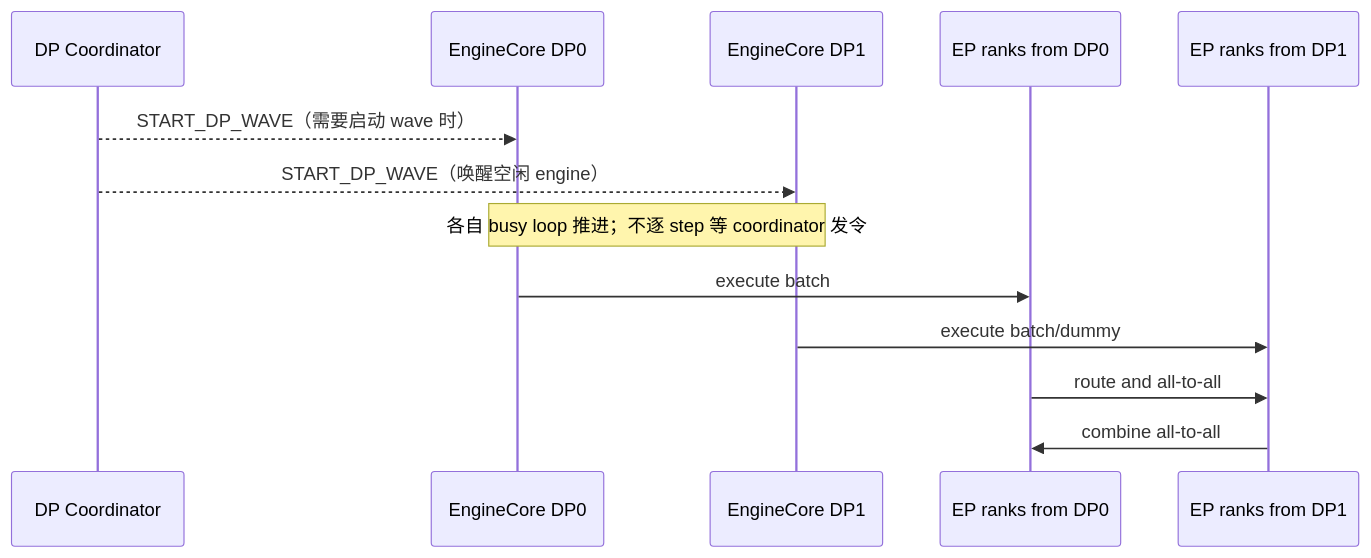
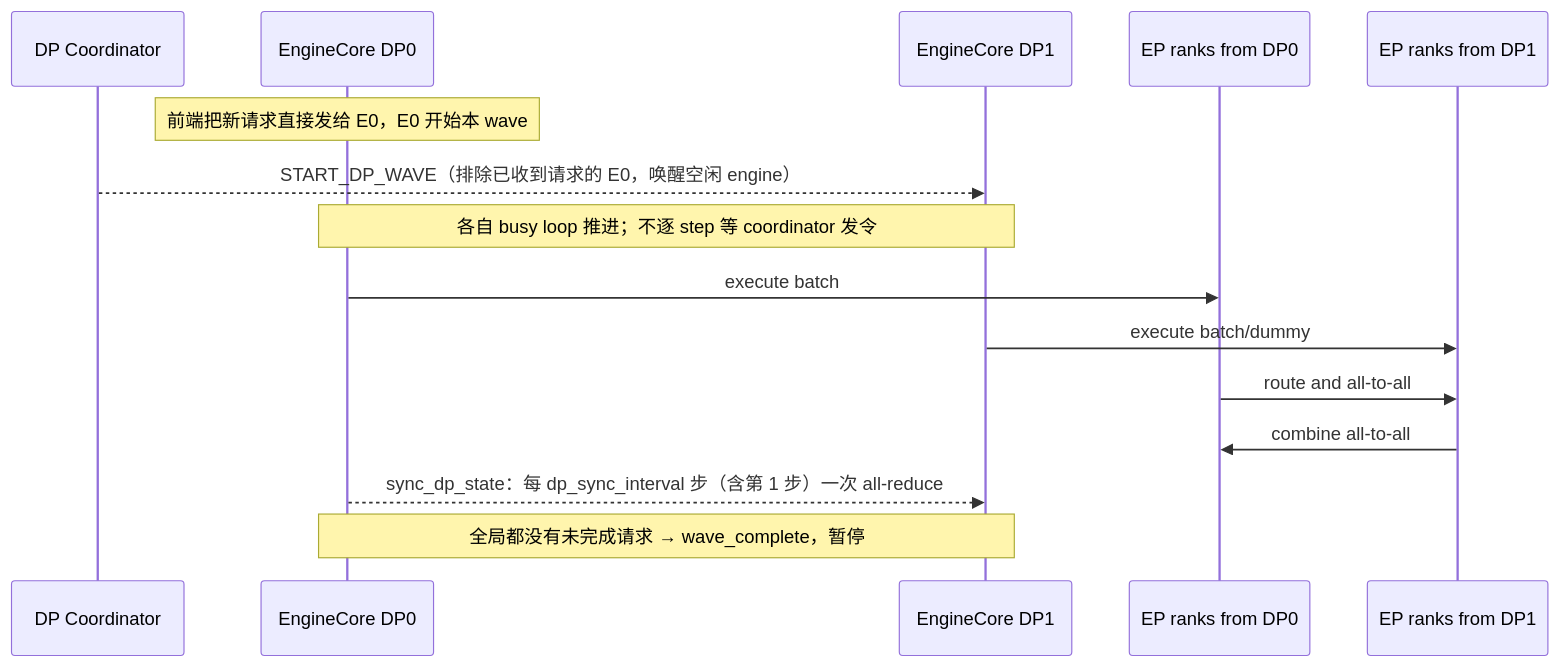
Diagram 39 of 41 in book/09-distributed/README.md (cluster1900/vllm_reader), drawn with Mermaid before and after one commit. The commit also changed other lines of this file and 1 other file, not shown here.

First line of the commit message:
docs(ch09): F/D 批次 B7b — §9.8–9.14 公式讲解、LSE 合并图与符号统一（refs bot-hub#128） (#30)

````diff
--- a/book/09-distributed/README.md
+++ b/book/09-distributed/README.md
@@ -2163,15 +2731,17 @@
 ```mermaid
 sequenceDiagram
     participant C as DP Coordinator
     participant E0 as EngineCore DP0
     participant E1 as EngineCore DP1
     participant W0 as EP ranks from DP0
     participant W1 as EP ranks from DP1
-    C-->>E0: START_DP_WAVE（需要启动 wave 时）
-    C-->>E1: START_DP_WAVE（唤醒空闲 engine）
+    Note over E0: 前端把新请求直接发给 E0，E0 开始本 wave
+    C-->>E1: START_DP_WAVE（排除已收到请求的 E0，唤醒空闲 engine）
     Note over E0,E1: 各自 busy loop 推进；不逐 step 等 coordinator 发令
     E0->>W0: execute batch
     E1->>W1: execute batch/dummy
     W0->>W1: route and all-to-all
     W1->>W0: combine all-to-all
+    E0-->>E1: sync_dp_state：每 dp_sync_interval 步（含第 1 步）一次 all-reduce
+    Note over E0,E1: 全局都没有未完成请求 → wave_complete，暂停
 ```
````
